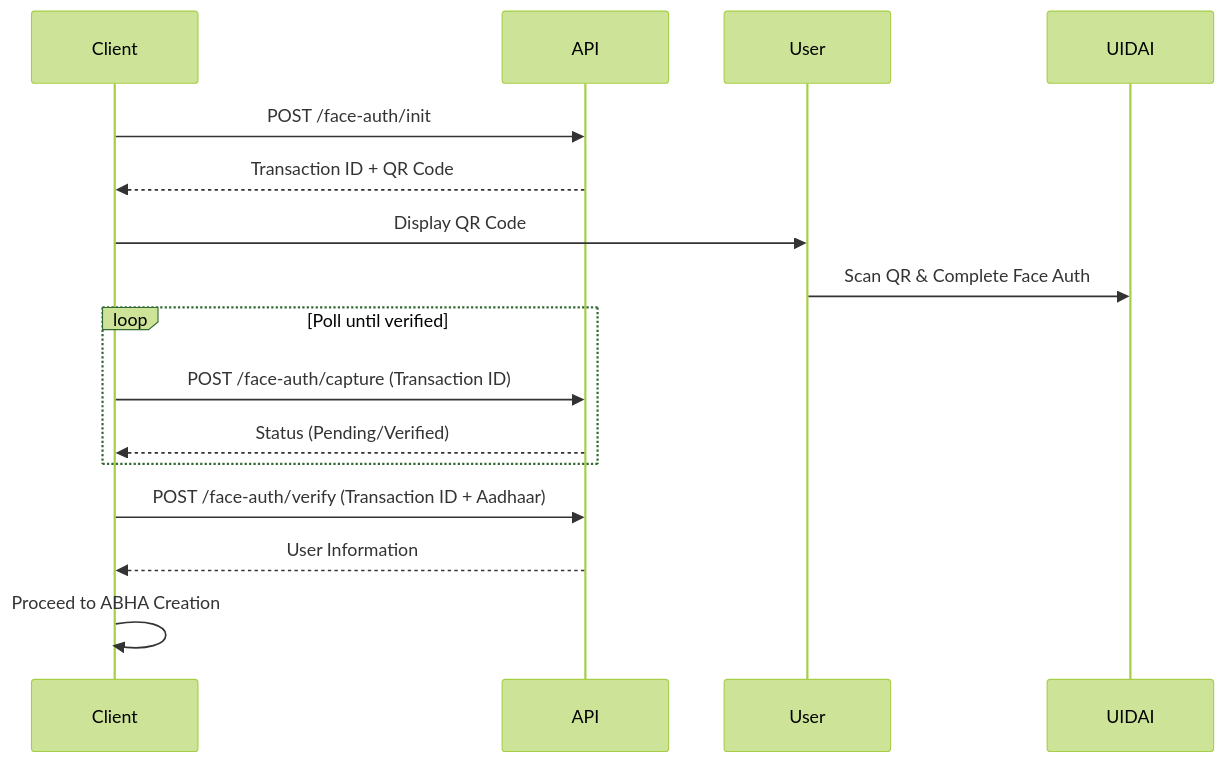
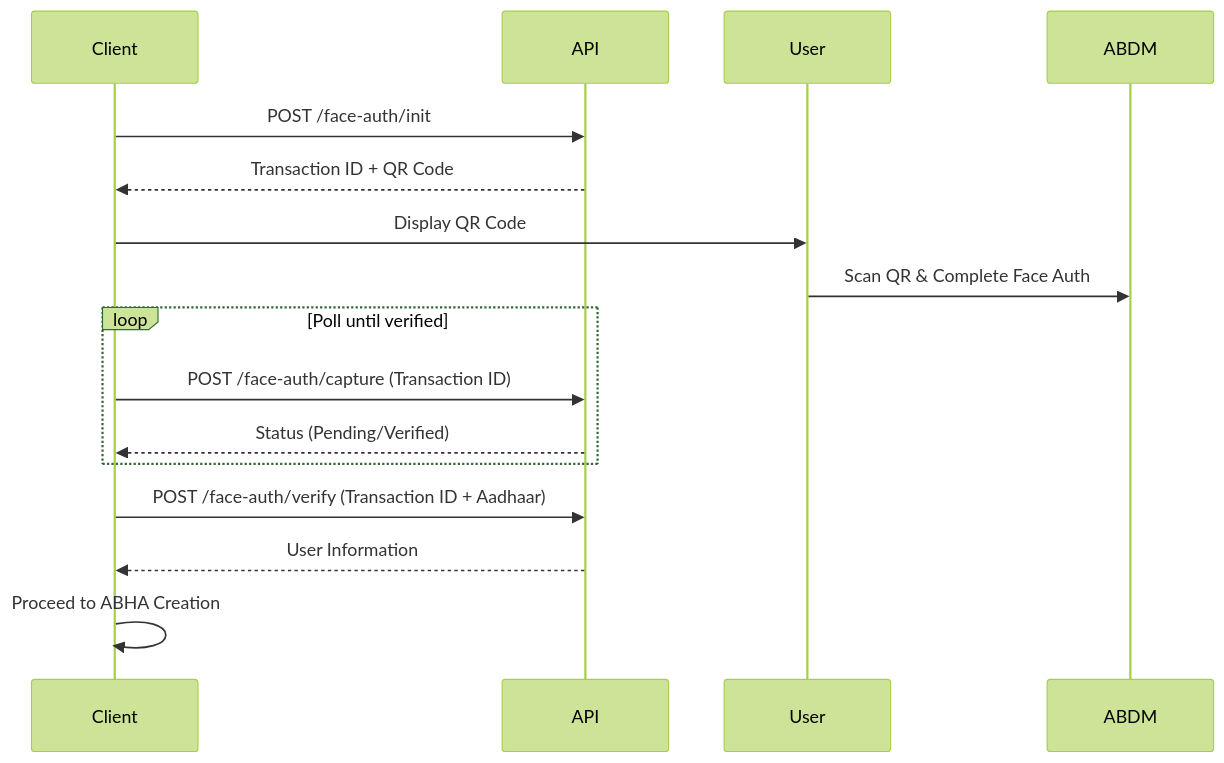
The diagram in api-reference/user-app/abdm-connect/enrollment/face-auth/intro.mdx (eka-care/eka-docs), drawn with Mermaid (forest theme) before and after one commit.

````diff
--- a/api-reference/user-app/abdm-connect/enrollment/face-auth/intro.mdx
+++ b/api-reference/user-app/abdm-connect/enrollment/face-auth/intro.mdx
@@ -26,21 +26,21 @@
 ```mermaid
 sequenceDiagram
     participant Client
     participant API
     participant User
-    participant UIDAI
+    participant ABDM
 
     Client->>API: POST /face-auth/init
     API-->>Client: Transaction ID + QR Code
     Client->>User: Display QR Code
-    User->>UIDAI: Scan QR & Complete Face Auth
+    User->>ABDM: Scan QR & Complete Face Auth
 
     loop Poll until verified
         Client->>API: POST /face-auth/capture (Transaction ID)
         API-->>Client: Status (Pending/Verified)
     end
 
     Client->>API: POST /face-auth/verify (Transaction ID + Aadhaar)
     API-->>Client: User Information
     Client->>Client: Proceed to ABHA Creation
 ```
````
